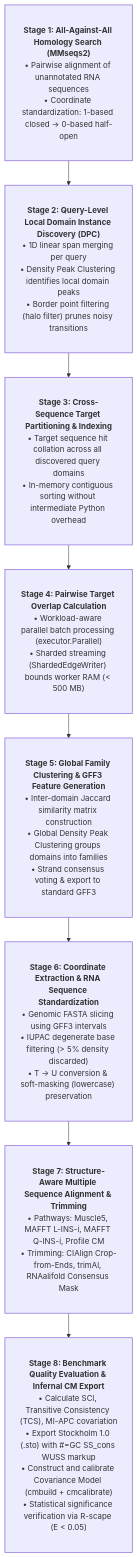
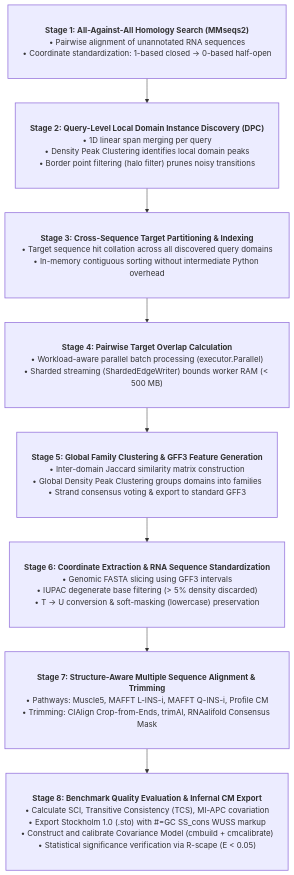
The first of 3 diagrams in README.md (zwmuam/RFAM_B_domains), drawn with Mermaid before and after one commit.

Commit message:
Update README with pipeline stages and flowchart

````diff
--- a/README.md
+++ b/README.md
@@ -74,14 +74,15 @@
 ```mermaid
+%%{init: {"flowchart": {"wrappingWidth": 520}, "themeVariables": {"fontSize": "16px"}}}%%
 flowchart TD
     classDef bigBox padding:18px,stroke-width:1.5px;
     S1["<b>Stage 1: All-Against-All Homology Search (MMseqs2)</b><br/>• Pairwise alignment of unannotated RNA sequences<br/>• Coordinate standardization: 1-based closed &rarr; 0-based half-open"]
     S2["<b>Stage 2: Query-Level Local Domain Instance Discovery (DPC)</b><br/>• 1D linear span merging per query<br/>• Density Peak Clustering identifies local domain peaks<br/>• Border point filtering (halo filter) prunes noisy transitions"]
     S3["<b>Stage 3: Cross-Sequence Target Partitioning & Indexing</b><br/>• Target sequence hit collation across all discovered query domains<br/>• In-memory contiguous sorting without intermediate Python overhead"]
     S4["<b>Stage 4: Pairwise Target Overlap Calculation</b><br/>• Workload-aware parallel batch processing (executor.Parallel)<br/>• Sharded streaming (ShardedEdgeWriter) bounds worker RAM (&lt; 500 MB)"]
     S5["<b>Stage 5: Global Family Clustering & GFF3 Feature Generation</b><br/>• Inter-domain Jaccard similarity matrix construction<br/>• Global Density Peak Clustering groups domains into families<br/>• Strand consensus voting & export to standard GFF3"]
     S6["<b>Stage 6: Coordinate Extraction & RNA Sequence Standardization</b><br/>• Genomic FASTA slicing using GFF3 intervals<br/>• IUPAC degenerate base filtering (&gt; 5% density discarded)<br/>• T &rarr; U conversion & soft-masking (lowercase) preservation"]
     S7["<b>Stage 7: Structure-Aware Multiple Sequence Alignment & Trimming</b><br/>• Pathways: Muscle5, MAFFT L-INS-i, MAFFT Q-INS-i, Profile CM<br/>• Trimming: CIAlign Crop-from-Ends, trimAl, RNAalifold Consensus Mask"]
     S8["<b>Stage 8: Benchmark Quality Evaluation & Infernal CM Export</b><br/>• Calculate SCI, Transitive Consistency (TCS), MI-APC covariation<br/>• Export Stockholm 1.0 (.sto) with #=GC SS_cons WUSS markup<br/>• Construct and calibrate Covariance Model (cmbuild + cmcalibrate)<br/>• Statistical significance verification via R-scape (E &lt; 0.05)"]
     class S1,S2,S3,S4,S5,S6,S7,S8 bigBox;
     S1 --> S2 --> S3 --> S4 --> S5 --> S6 --> S7 --> S8
 ```
````
